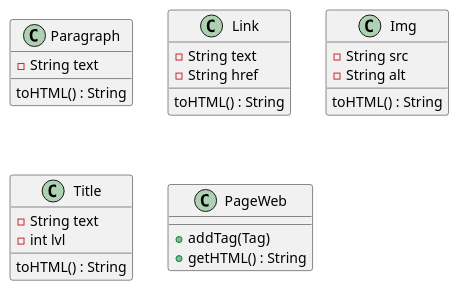
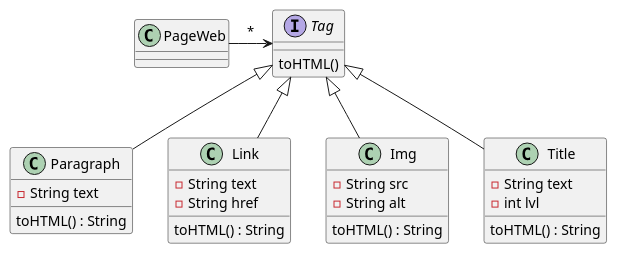
Before and after one commit to florentBourgeois/Paint-LPDAOO-24-25: the diagram in Ressources/pageweb/classes.puml, drawn with PlantUML. The commit also changed 5 other files, not shown here.

Commit message:
ajout de l'interface TAG

```diff
--- a/Ressources/pageweb/classes.puml
+++ b/Ressources/pageweb/classes.puml
@@ -1,34 +1,38 @@
 @startuml
 
 
 class Paragraph {
   - String text
   toHTML() : String
 }
 
 class Link {
   - String text
   - String href
   toHTML() : String
 }
 
 class Img {
   - String src
   - String alt
   toHTML() : String
 }
 
 class Title {
   - String text
   - int lvl
   toHTML() : String
 }
 
 
-
-class PageWeb {
-  + addTag(Tag)
-  + getHTML() : String
+interface Tag{
+  toHTML()
 }
 
+Tag <|-- Paragraph
+Tag <|-- Link
+Tag <|-- Title
+Tag <|-- Img
+
+PageWeb -> Tag : *
 @enduml
```
